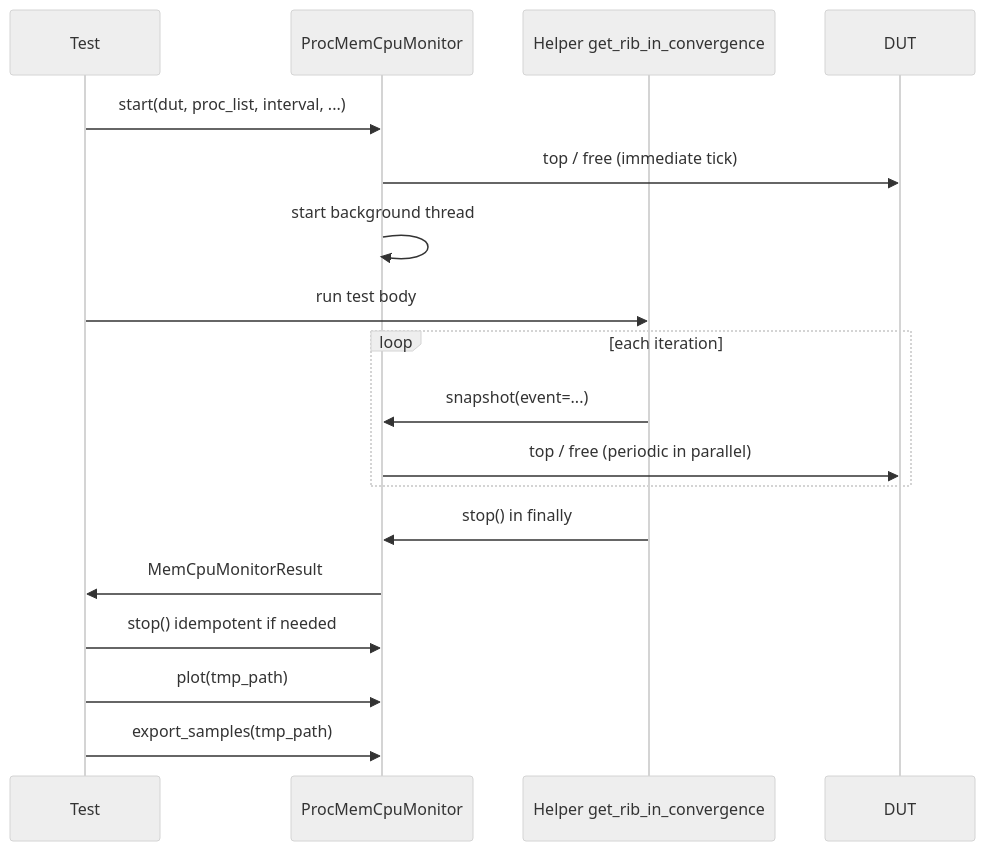
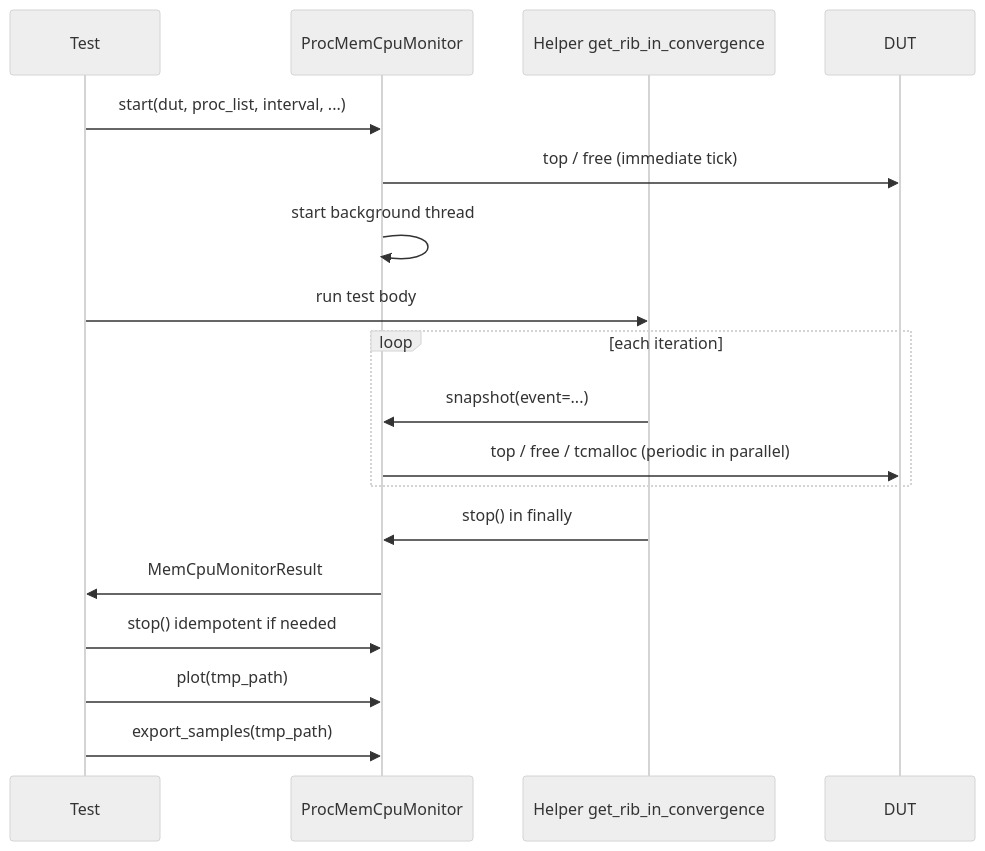
One commit to sonic-net/sonic-mgmt changed the second of 2 diagrams in tests/common/plugins/proc_mem_cpu_monitor/docs/HLD.md. Above: the diagram before and after it, drawn with Mermaid (neutral theme). The commit also changed other lines of this file and 6 other files, not shown here.

````diff
--- a/tests/common/plugins/proc_mem_cpu_monitor/docs/HLD.md
+++ b/tests/common/plugins/proc_mem_cpu_monitor/docs/HLD.md
@@ -186,23 +197,23 @@
 ```mermaid
 sequenceDiagram
     participant T as Test
     participant M as ProcMemCpuMonitor
     participant H as Helper get_rib_in_convergence
     participant D as DUT
 
     T->>M: start(dut, proc_list, interval, ...)
     M->>D: top / free (immediate tick)
     M->>M: start background thread
 
     T->>H: run test body
     loop each iteration
         H->>M: snapshot(event=...)
-        M->>D: top / free (periodic in parallel)
+        M->>D: top / free / tcmalloc (periodic in parallel)
     end
     H->>M: stop() in finally
     M->>T: MemCpuMonitorResult
 
     T->>M: stop() idempotent if needed
     T->>M: plot(tmp_path)
     T->>M: export_samples(tmp_path)
 ```
````
